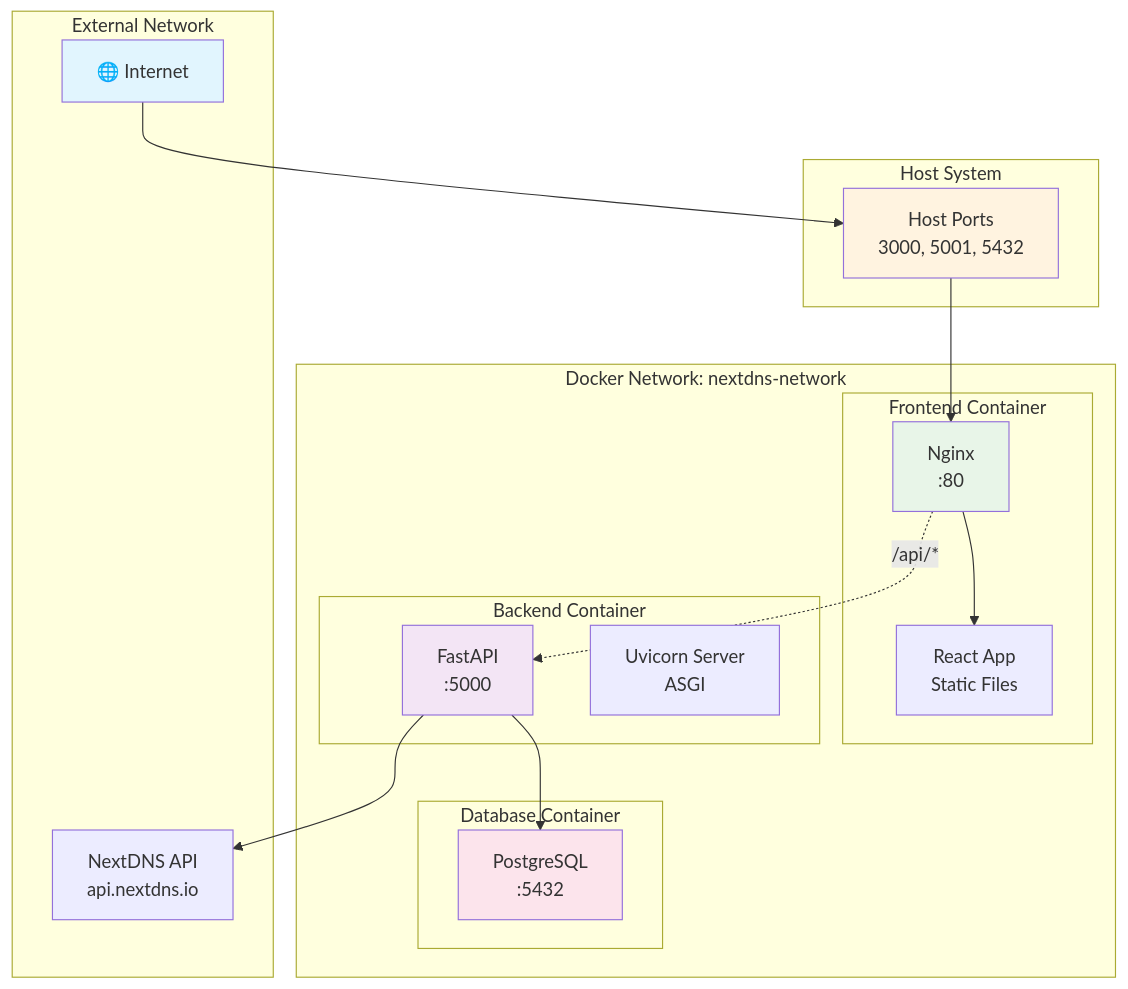
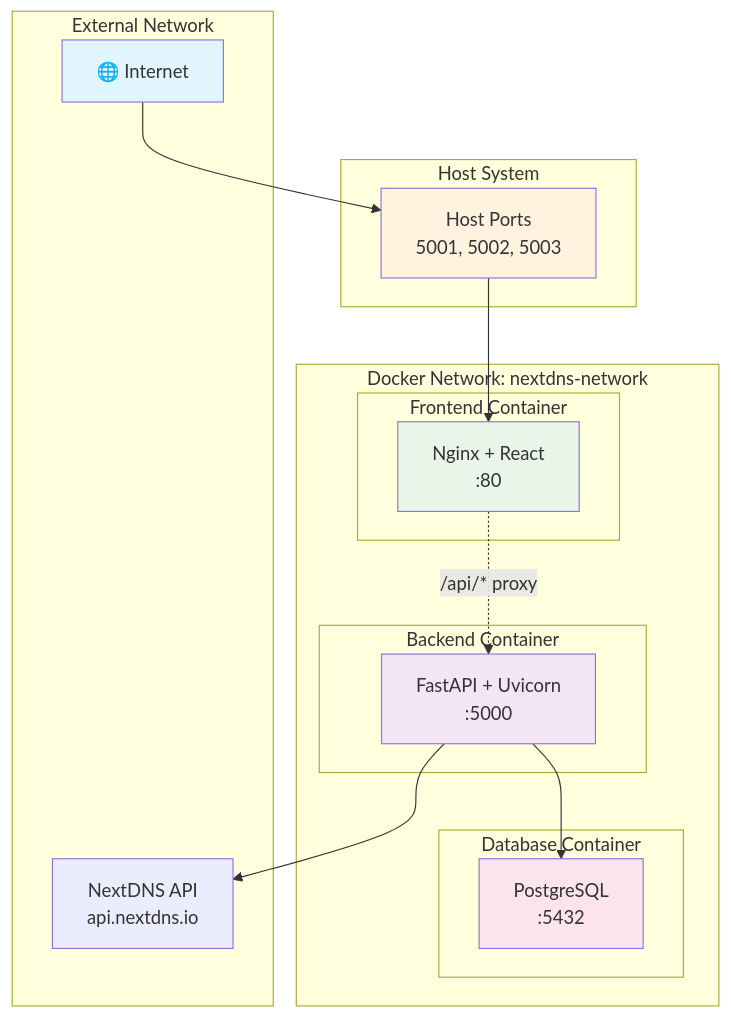
One commit to BondIT-ApS/NextDNS-Optimized-Analytics changed the seventh of 11 diagrams in docs/02-architecture.md. Above: the diagram before and after it, drawn with Mermaid. The commit also changed other lines of this file, not shown here.

Commit message:
📝 Revise architecture documentation for clarity and accuracy, including updated service interactions and port configurations

````diff
--- a/docs/02-architecture.md
+++ b/docs/02-architecture.md
@@ -222,40 +205,37 @@
 ```mermaid
 graph TB
     subgraph "External Network"
         Internet[🌐 Internet]
         NextDNS[NextDNS API<br/>api.nextdns.io]
     end
     
     subgraph "Host System"
-        Ports[Host Ports<br/>3000, 5001, 5432]
+        Ports[Host Ports<br/>5001, 5002, 5003]
     end
     
     subgraph "Docker Network: nextdns-network"
         subgraph "Frontend Container"
-            Nginx[Nginx<br/>:80]
-            React[React App<br/>Static Files]
+            Nginx[Nginx + React<br/>:80]
         end
         
         subgraph "Backend Container"
-            FastAPI[FastAPI<br/>:5000]
-            Uvicorn[Uvicorn Server<br/>ASGI]
+            FastAPI[FastAPI + Uvicorn<br/>:5000]
         end
         
         subgraph "Database Container"
             PostgreSQL[PostgreSQL<br/>:5432]
         end
     end
     
     Internet --> Ports
     Ports --> Nginx
-    Nginx --> React
-    Nginx -.->|/api/*| FastAPI
+    Nginx -.->|/api/* proxy| FastAPI
     FastAPI --> PostgreSQL
     FastAPI --> NextDNS
     
     style Internet fill:#e1f5fe
     style Ports fill:#fff3e0
     style Nginx fill:#e8f5e8
     style FastAPI fill:#f3e5f5
     style PostgreSQL fill:#fce4ec
 ```
````
